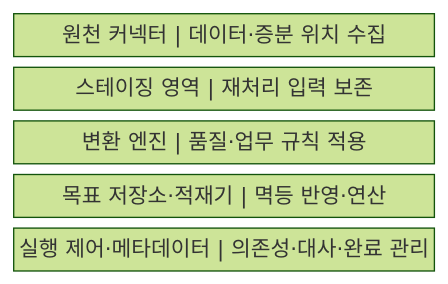
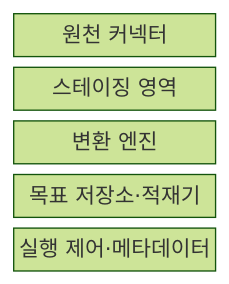
The first of 2 diagrams in src/content/docs/notes/03-software/138_etl_elt_pipeline.md (agnusdei1207/knowledge-base), drawn with Mermaid (forest theme) before and after one commit. The commit also changed other lines of this file and 238 other files, not shown here.

````diff
--- a/src/content/docs/notes/03-software/138_etl_elt_pipeline.md
+++ b/src/content/docs/notes/03-software/138_etl_elt_pipeline.md
@@ -57,9 +57,9 @@
 ```mermaid
-block
+block-beta
     columns 1
-    A["원천 커넥터 | 데이터·증분 위치 수집"]
-    B["스테이징 영역 | 재처리 입력 보존"]
-    C["변환 엔진 | 품질·업무 규칙 적용"]
-    D["목표 저장소·적재기 | 멱등 반영·연산"]
-    E["실행 제어·메타데이터 | 의존성·대사·완료 관리"]
+    A["원천 커넥터"]
+    B["스테이징 영역"]
+    C["변환 엔진"]
+    D["목표 저장소·적재기"]
+    E["실행 제어·메타데이터"]
 ```
````
